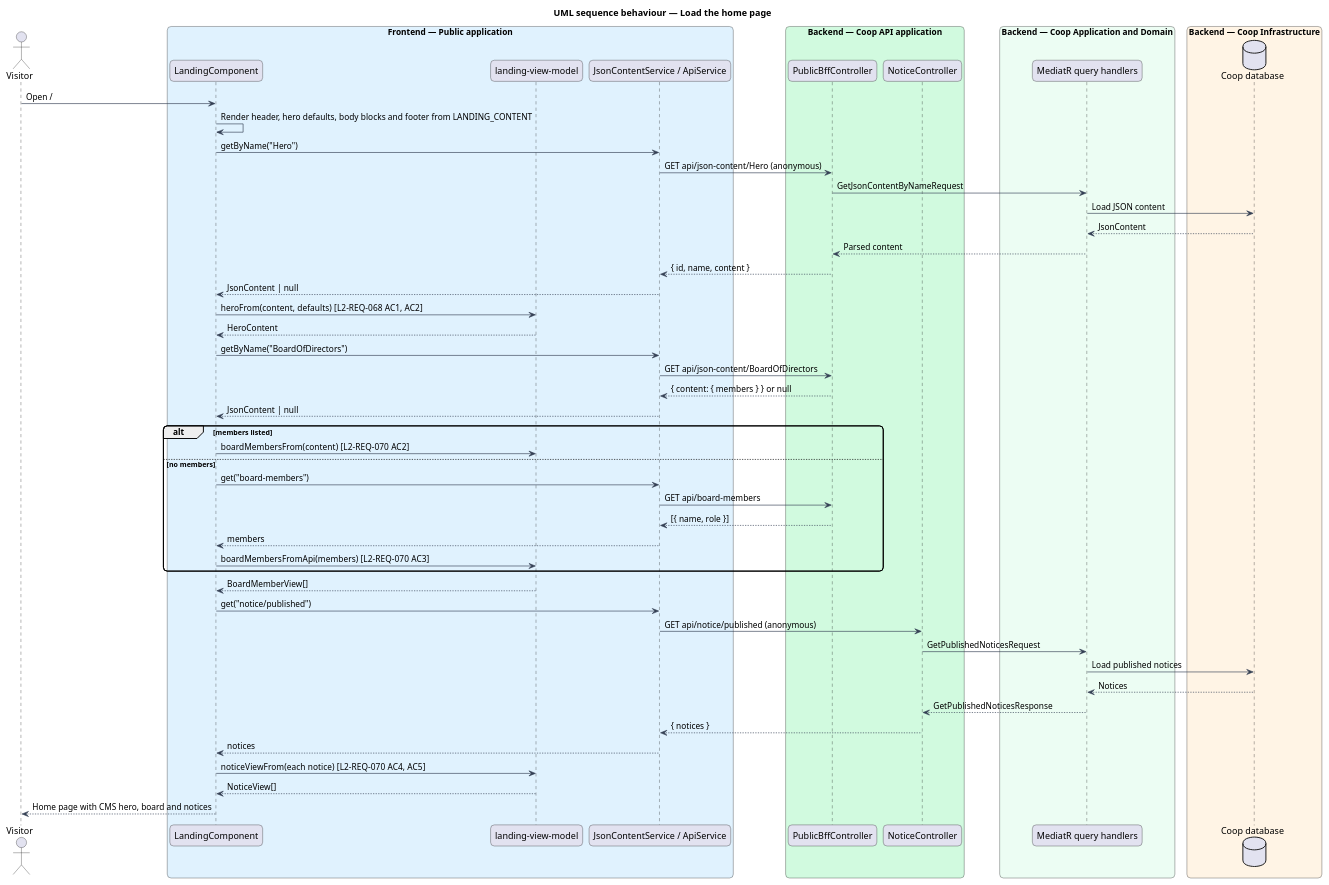
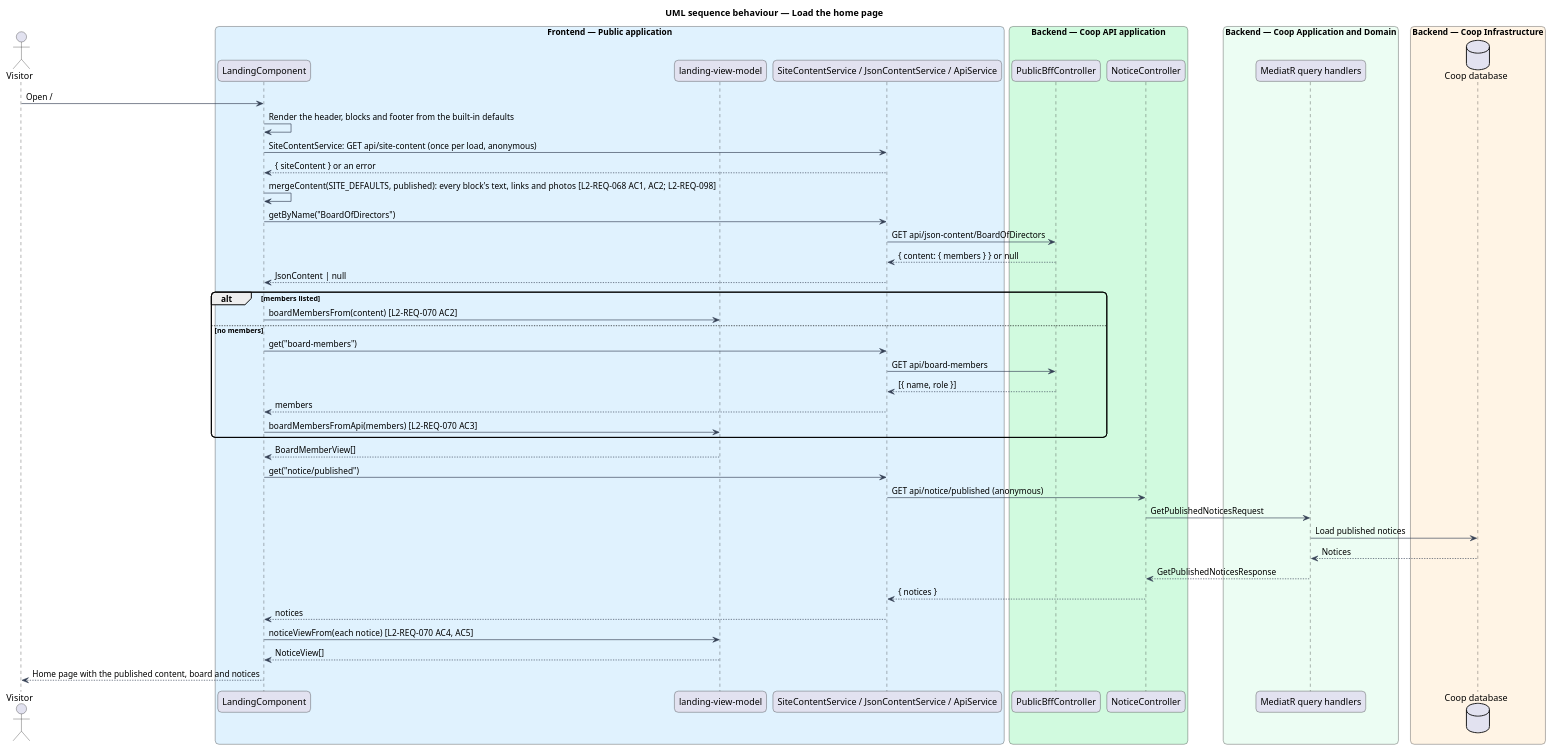
The diagram in docs/detailed-designs/public-app/show-home-page/diagrams/sequence-load-home-page.puml (QuinntyneBrown/Coop), drawn with PlantUML before and after one commit. The commit also changed 149 other files, not shown here.

```diff
--- a/docs/detailed-designs/public-app/show-home-page/diagrams/sequence-load-home-page.puml
+++ b/docs/detailed-designs/public-app/show-home-page/diagrams/sequence-load-home-page.puml
@@ -1,61 +1,54 @@
 @startuml
 title UML sequence behaviour — Load the home page
 skinparam backgroundColor #FFFFFF
 skinparam shadowing false
 skinparam roundcorner 12
 skinparam defaultFontName Arial
 skinparam ArrowColor #344054
 actor "Visitor" as actor
 box "Frontend — Public application" #E0F2FE
   participant "LandingComponent" as page
   participant "landing-view-model" as vm
-  participant "JsonContentService / ApiService" as client
+  participant "SiteContentService / JsonContentService / ApiService" as client
 end box
 box "Backend — Coop API application" #D1FADF
   participant "PublicBffController" as bff
   participant "NoticeController" as notice
 end box
 box "Backend — Coop Application and Domain" #ECFDF3
   participant "MediatR query handlers" as handler
 end box
 box "Backend — Coop Infrastructure" #FFF4E5
   database "Coop database" as db
 end box
 actor -> page : Open /
-page -> page : Render header, hero defaults, body blocks and footer from LANDING_CONTENT
-page -> client : getByName("Hero")
-client -> bff : GET api/json-content/Hero (anonymous)
-bff -> handler : GetJsonContentByNameRequest
-handler -> db : Load JSON content
-db --> handler : JsonContent
-handler --> bff : Parsed content
-bff --> client : { id, name, content }
-client --> page : JsonContent | null
-page -> vm : heroFrom(content, defaults)  [L2-REQ-068 AC1, AC2]
-vm --> page : HeroContent
+page -> page : Render the header, blocks and footer from the built-in defaults
+page -> client : SiteContentService: GET api/site-content (once per load, anonymous)
+client --> page : { siteContent } or an error
+page -> page : mergeContent(SITE_DEFAULTS, published): every block's text, links and photos  [L2-REQ-068 AC1, AC2; L2-REQ-098]
 page -> client : getByName("BoardOfDirectors")
 client -> bff : GET api/json-content/BoardOfDirectors
 bff --> client : { content: { members } } or null
 client --> page : JsonContent | null
 alt members listed
   page -> vm : boardMembersFrom(content)  [L2-REQ-070 AC2]
 else no members
   page -> client : get("board-members")
   client -> bff : GET api/board-members
   bff --> client : [{ name, role }]
   client --> page : members
   page -> vm : boardMembersFromApi(members)  [L2-REQ-070 AC3]
 end
 vm --> page : BoardMemberView[]
 page -> client : get("notice/published")
 client -> notice : GET api/notice/published (anonymous)
 notice -> handler : GetPublishedNoticesRequest
 handler -> db : Load published notices
 db --> handler : Notices
 handler --> notice : GetPublishedNoticesResponse
 notice --> client : { notices }
 client --> page : notices
 page -> vm : noticeViewFrom(each notice)  [L2-REQ-070 AC4, AC5]
 vm --> page : NoticeView[]
-page --> actor : Home page with CMS hero, board and notices
+page --> actor : Home page with the published content, board and notices
 @enduml
```
